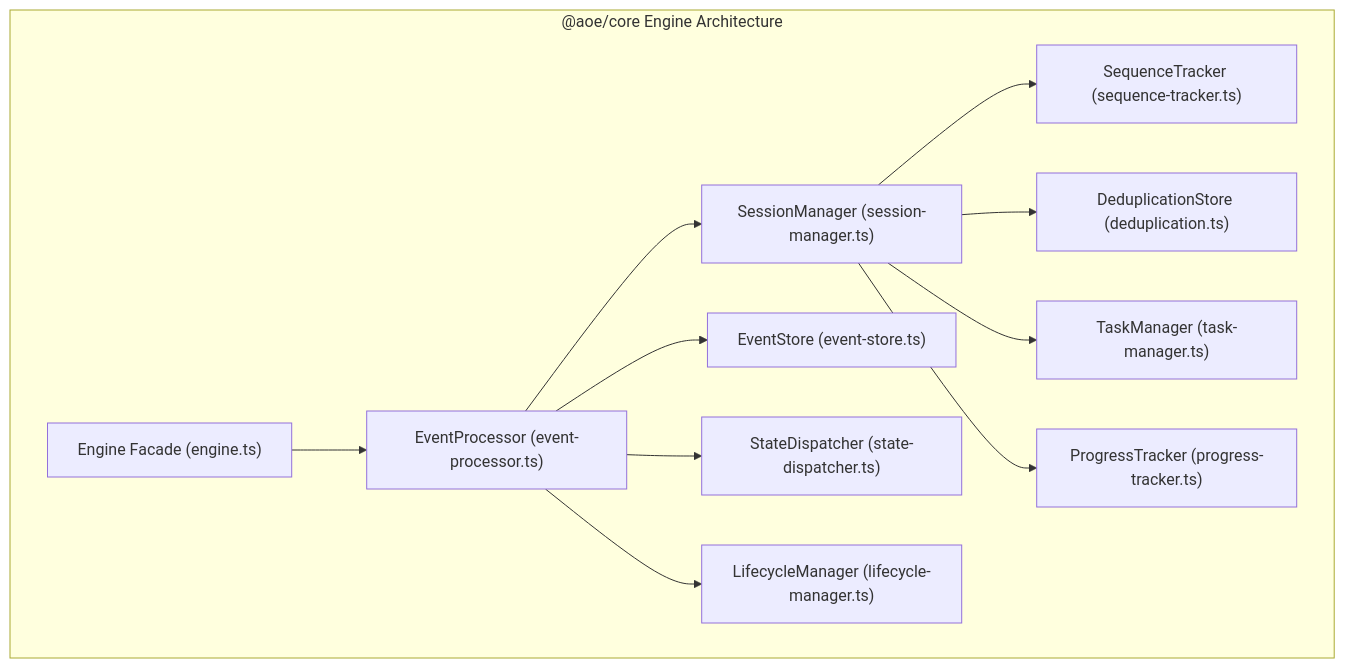
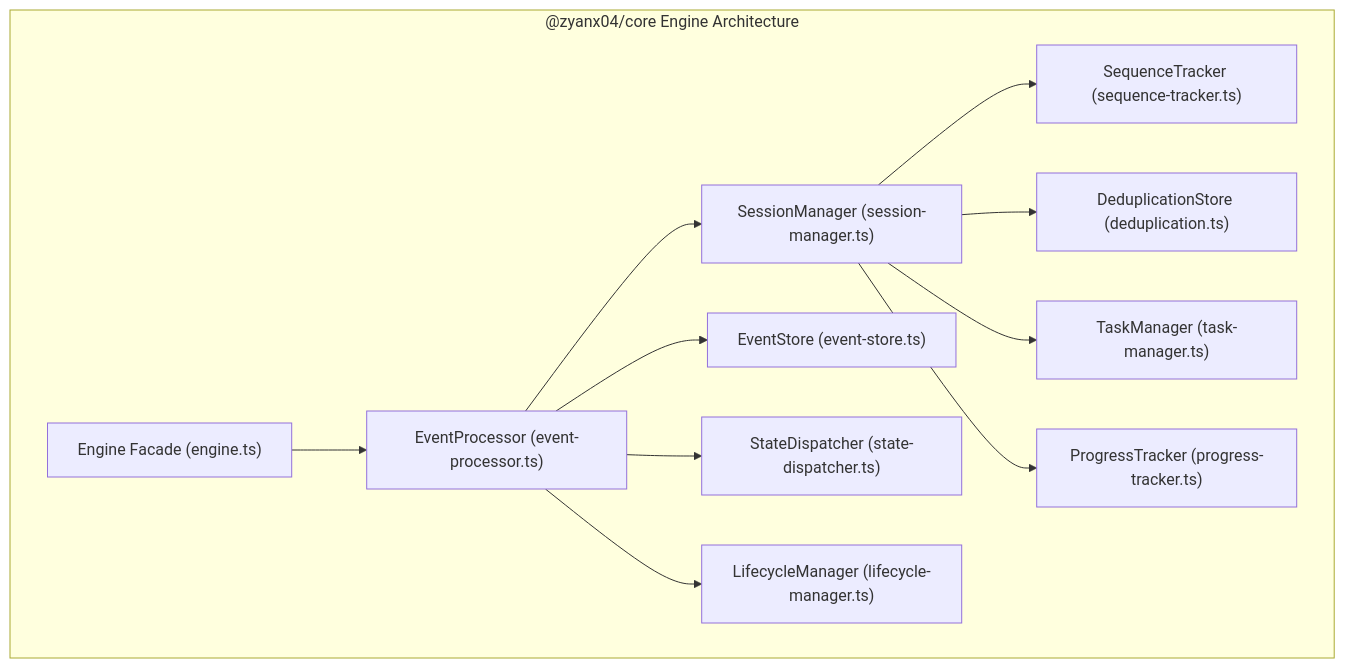
The diagram in docs/architecture/core-engine.md (zulian026/aoe), drawn with Mermaid before and after one commit. The commit also changed other lines of this file and 102 other files, not shown here.

````diff
--- a/docs/architecture/core-engine.md
+++ b/docs/architecture/core-engine.md
@@ -11,25 +11,25 @@
 ```mermaid
 graph TD
-    subgraph CoreEngine["@aoe/core Engine Architecture"]
+    subgraph CoreEngine["@zyanx04/core Engine Architecture"]
         Engine["Engine Facade (engine.ts)"]
         Processor["EventProcessor (event-processor.ts)"]
         SessionMgr["SessionManager (session-manager.ts)"]
         SeqTracker["SequenceTracker (sequence-tracker.ts)"]
         DedupStore["DeduplicationStore (deduplication.ts)"]
         Lifecycle["LifecycleManager (lifecycle-manager.ts)"]
         TaskMgr["TaskManager (task-manager.ts)"]
         ProgTracker["ProgressTracker (progress-tracker.ts)"]
         Store["EventStore (event-store.ts)"]
         Dispatcher["StateDispatcher (state-dispatcher.ts)"]
 
         Engine --> Processor
         Processor --> SessionMgr
         Processor --> Store
         Processor --> Dispatcher
         SessionMgr --> SeqTracker
         SessionMgr --> DedupStore
         SessionMgr --> TaskMgr
         SessionMgr --> ProgTracker
         Processor --> Lifecycle
     end
 ```
````
